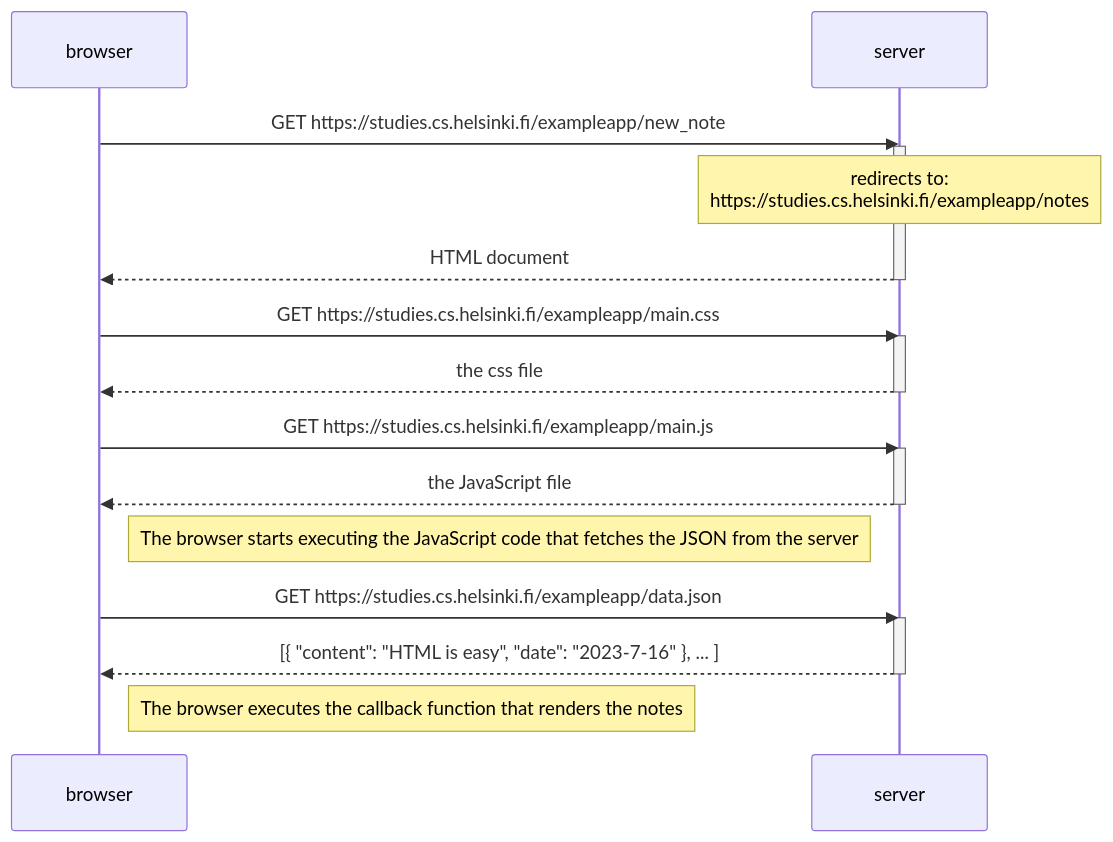
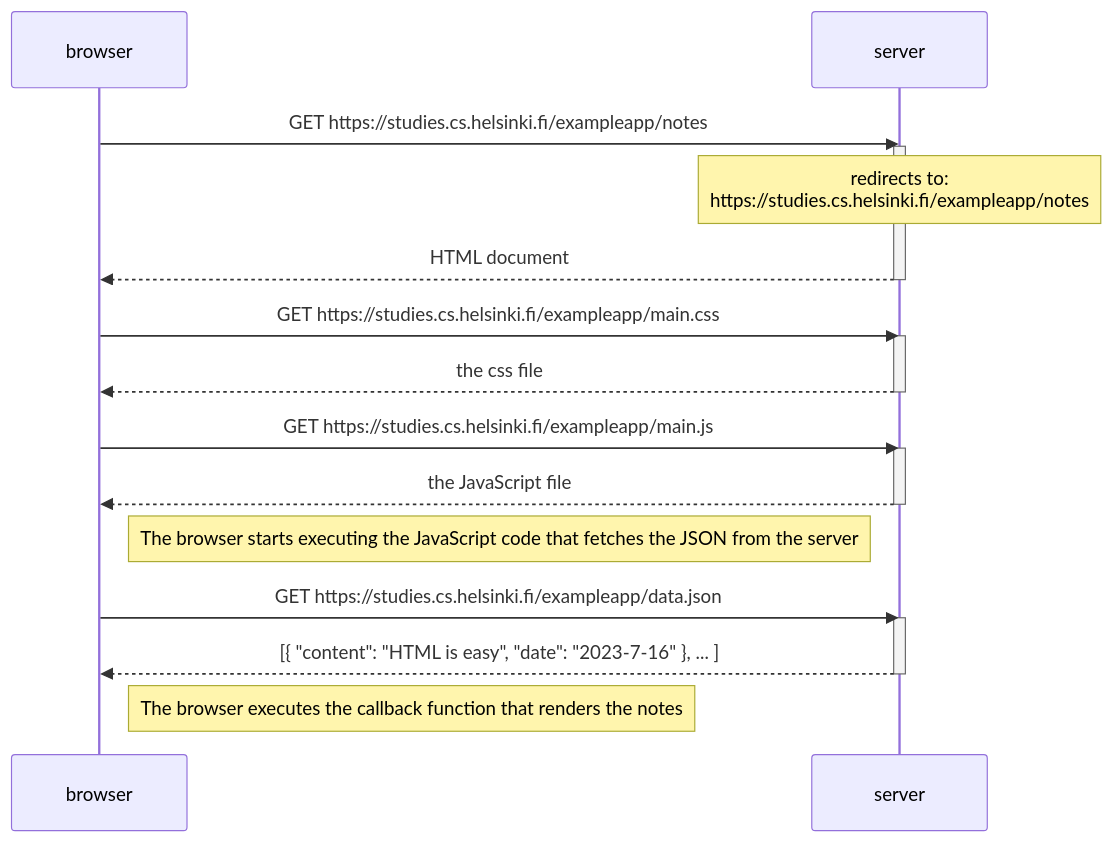
One commit to aa-r-ju/part0- changed the diagram in part0/0.4_new_note_diagram.md/README.md. Above: the diagram before and after it, drawn with Mermaid.

Commit message:
fix:notes name

````diff
--- a/part0/0.4_new_note_diagram.md/README.md
+++ b/part0/0.4_new_note_diagram.md/README.md
@@ -3,30 +3,30 @@
 ```mermaid
 sequenceDiagram
     participant browser
     participant server
 
-    browser->>server: GET https://studies.cs.helsinki.fi/exampleapp/new_note
+    browser->>server: GET https://studies.cs.helsinki.fi/exampleapp/notes
     activate server
     note over server: redirects to: <br/> https://studies.cs.helsinki.fi/exampleapp/notes
     server-->>browser: HTML document
     deactivate server
 
     browser->>server: GET https://studies.cs.helsinki.fi/exampleapp/main.css
     activate server
     server-->>browser: the css file
     deactivate server
 
     browser->>server: GET https://studies.cs.helsinki.fi/exampleapp/main.js
     activate server
     server-->>browser: the JavaScript file
     deactivate server
 
     Note right of browser: The browser starts executing the JavaScript code that fetches the JSON from the server
 
     browser->>server: GET https://studies.cs.helsinki.fi/exampleapp/data.json
     activate server
     server-->>browser: [{ "content": "HTML is easy", "date": "2023-7-16" }, ... ]
     deactivate server
 
     Note right of browser: The browser executes the callback function that renders the notes
 ```
````
